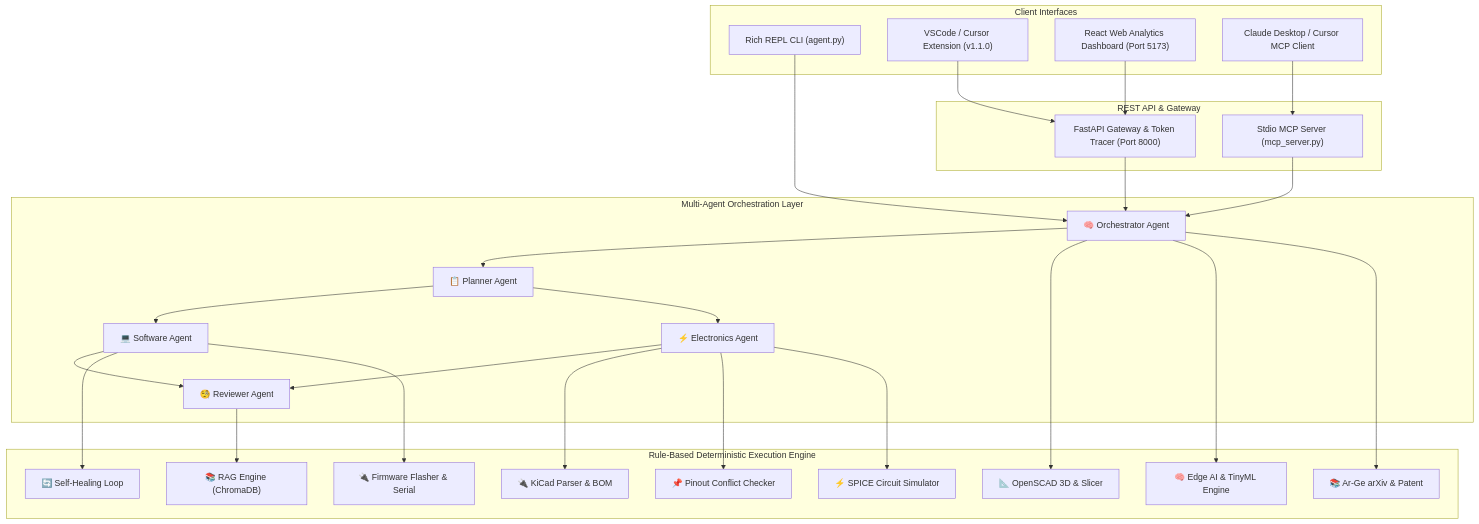
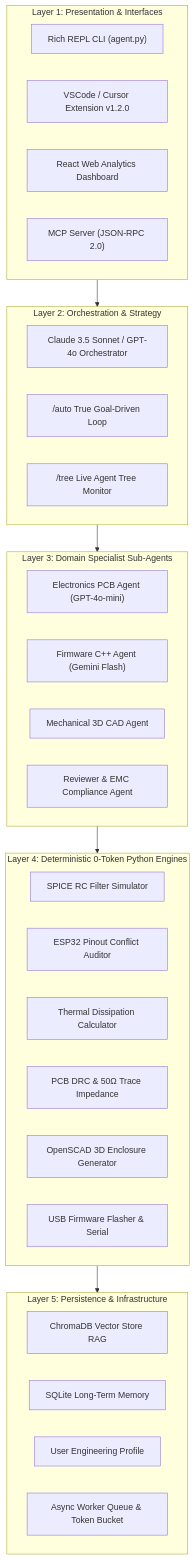
Before and after one commit to Alihanesentas/agent_system: the diagram in README.md, drawn with Mermaid. The commit also changed other lines of this file, not shown here.

Commit message:
docs(readme): overhaul documentation with 5-subpackage architecture, installation guides, and complete 45+ CLI command manual

````diff
--- a/README.md
+++ b/README.md
@@ -50,57 +23,43 @@
 ```mermaid
 graph TD
-    subgraph Client Interfaces
+    subgraph Layer1["Layer 1: Presentation & Interfaces"]
         CLI["Rich REPL CLI (agent.py)"]
-        VSC["VSCode / Cursor Extension (v1.1.0)"]
-        WEB["React Web Analytics Dashboard (Port 5173)"]
-        MCP_CLIENT["Claude Desktop / Cursor MCP Client"]
+        VSC["VSCode / Cursor Extension v1.2.0"]
+        WEB["React Web Analytics Dashboard"]
+        MCP["MCP Server (JSON-RPC 2.0)"]
     end
 
-    subgraph REST API & Gateway
-        FASTAPI["FastAPI Gateway & Token Tracer (Port 8000)"]
-        MCP_SERVER["Stdio MCP Server (mcp_server.py)"]
+    subgraph Layer2["Layer 2: Orchestration & Strategy"]
+        ORCH["Claude 3.5 Sonnet / GPT-4o Orchestrator"]
+        AUTO["/auto True Goal-Driven Loop"]
+        TREE["/tree Live Agent Tree Monitor"]
     end
 
-    subgraph Multi-Agent Orchestration Layer
-        ORCH["🧠 Orchestrator Agent"]
-        PLAN["📋 Planner Agent"]
-        SW["💻 Software Agent"]
-        HW["⚡ Electronics Agent"]
-        REV["🧐 Reviewer Agent"]
+    subgraph Layer3["Layer 3: Domain Specialist Sub-Agents"]
+        HW_AGENT["Electronics PCB Agent (GPT-4o-mini)"]
+        SW_AGENT["Firmware C++ Agent (Gemini Flash)"]
+        CAD_AGENT["Mechanical 3D CAD Agent"]
+        REV_AGENT["Reviewer & EMC Compliance Agent"]
     end
 
-    subgraph Rule-Based Deterministic Execution Engine
-        RAG["📚 RAG Engine (ChromaDB)"]
-        KICAD["🔌 KiCad Parser & BOM"]
-        HEAL["🔄 Self-Healing Loop"]
-        SPICE["⚡ SPICE Circuit Simulator"]
-        PIN["📌 Pinout Conflict Checker"]
-        FLASH["🔌 Firmware Flasher & Serial"]
-        CAD["📐 OpenSCAD 3D & Slicer"]
-        EDGE["🧠 Edge AI & TinyML Engine"]
-        RES["📚 Ar-Ge arXiv & Patent"]
+    subgraph Layer4["Layer 4: Deterministic 0-Token Python Engines"]
+        SPICE["SPICE RC Filter Simulator"]
+        PINOUT["ESP32 Pinout Conflict Auditor"]
+        THERMAL["Thermal Dissipation Calculator"]
+        DRC["PCB DRC & 50Ω Trace Impedance"]
+        CAD["OpenSCAD 3D Enclosure Generator"]
+        FLASHER["USB Firmware Flasher & Serial"]
     end
 
-    CLI --> ORCH
-    VSC --> FASTAPI
-    WEB --> FASTAPI
-    MCP_CLIENT --> MCP_SERVER
-    FASTAPI --> ORCH
-    MCP_SERVER --> ORCH
+    subgraph Layer5["Layer 5: Persistence & Infrastructure"]
+        RAG["ChromaDB Vector Store RAG"]
+        MEM["SQLite Long-Term Memory"]
+        PROFILE["User Engineering Profile"]
+        QUEUE["Async Worker Queue & Token Bucket"]
+    end
 
-    ORCH --> PLAN
-    PLAN --> SW
-    PLAN --> HW
-    SW --> REV
-    HW --> REV
-
-    SW --> HEAL
-    HW --> KICAD
-    HW --> PIN
-    HW --> SPICE
-    SW --> FLASH
-    REV --> RAG
-    ORCH --> CAD
-    ORCH --> EDGE
-    ORCH --> RES
+    Layer1 --> Layer2
+    Layer2 --> Layer3
+    Layer3 --> Layer4
+    Layer4 --> Layer5
 ```
````
